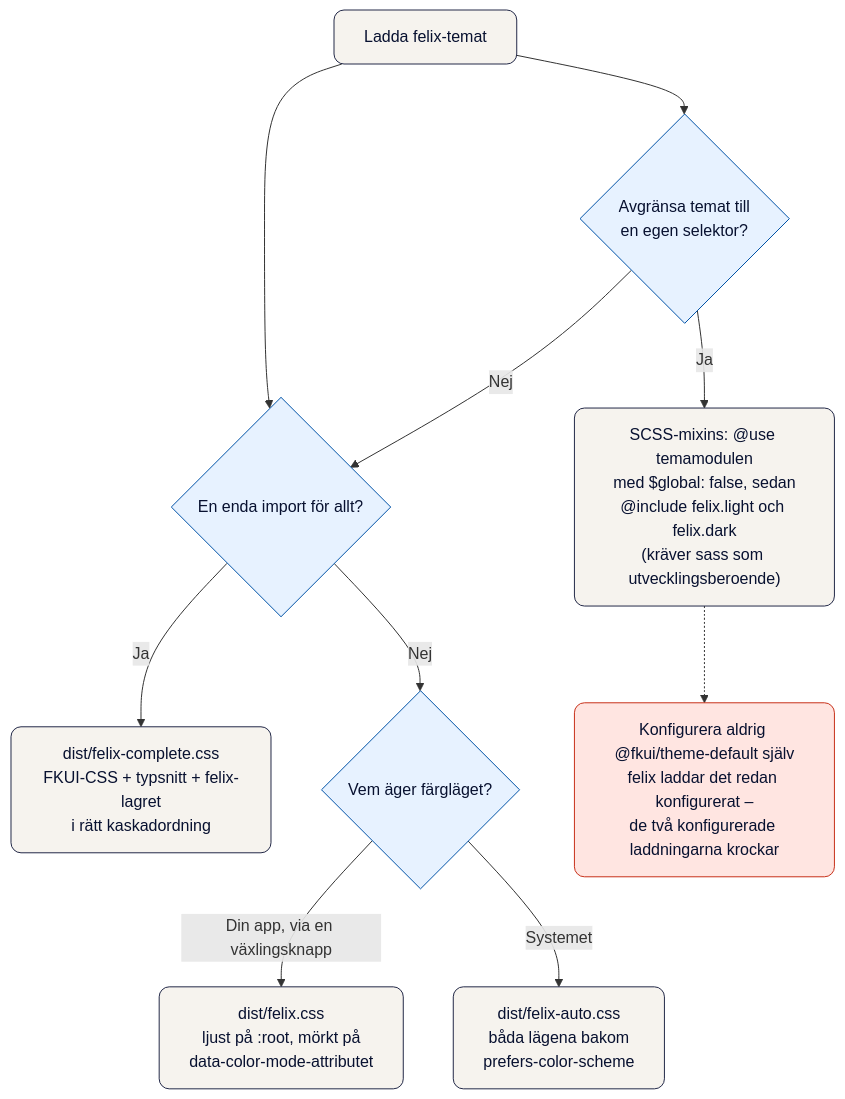
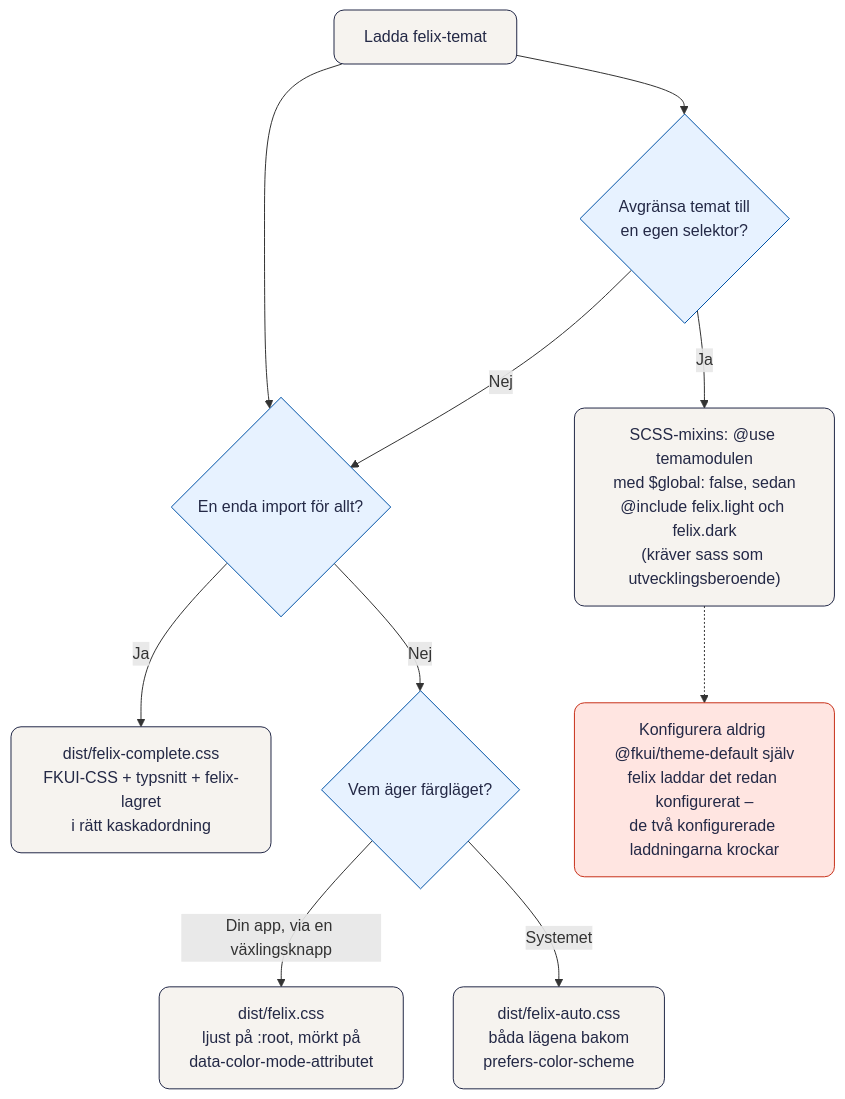
One commit to pattespatte/felix-ds changed the diagram in docs/create-a-site.sv.md. Above: the diagram before and after it, drawn with Mermaid. The commit also changed 17 other files, not shown here.

````diff
--- a/docs/create-a-site.sv.md
+++ b/docs/create-a-site.sv.md
@@ -57,20 +57,20 @@
 ```mermaid
 flowchart TD
     A["Ladda felix-temat"] --> Q1{"En enda import för allt?"}
     Q1 -- Ja --> C["dist/felix-complete.css<br>FKUI-CSS + typsnitt + felix-lagret<br>i rätt kaskadordning"]
     Q1 -- Nej --> Q2{"Vem äger färgläget?"}
     Q2 -- "Din app, via en växlingsknapp" --> P1["dist/felix.css<br>ljust på :root, mörkt på<br>data-color-mode-attributet"]
     Q2 -- "Systemet" --> P2["dist/felix-auto.css<br>båda lägena bakom<br>prefers-color-scheme"]
     A --> Q3{"Avgränsa temat till<br>en egen selektor?"}
     Q3 -- Ja --> S["SCSS-mixins: @use temamodulen<br>med $global: false, sedan<br>@include felix.light och felix.dark<br>(kräver sass som utvecklingsberoende)"]
     Q3 -- Nej --> Q1
     S -.-> X["Konfigurera aldrig @fkui/theme-default själv<br>felix laddar det redan konfigurerat –<br>de två konfigurerade laddningarna krockar"]
 
-    classDef step fill:#f6f3ee,stroke:#232948,stroke-width:1px,color:#081130,rx:10,ry:10
-    classDef decision fill:#e7f2ff,stroke:#0053a7,stroke-width:1px,color:#081130,rx:10,ry:10
-    classDef danger fill:#ffe5e1,stroke:#c7311a,stroke-width:1px,color:#081130,rx:10,ry:10
+    classDef step fill:#f6f3ef,stroke:#232948,stroke-width:1px,color:#242946,rx:10,ry:10
+    classDef decision fill:#e7f2ff,stroke:#0053a7,stroke-width:1px,color:#242946,rx:10,ry:10
+    classDef danger fill:#ffe5e1,stroke:#c7311a,stroke-width:1px,color:#242946,rx:10,ry:10
 
     class A,C,P1,P2,S step
     class Q1,Q2,Q3 decision
     class X danger
 ```
````
